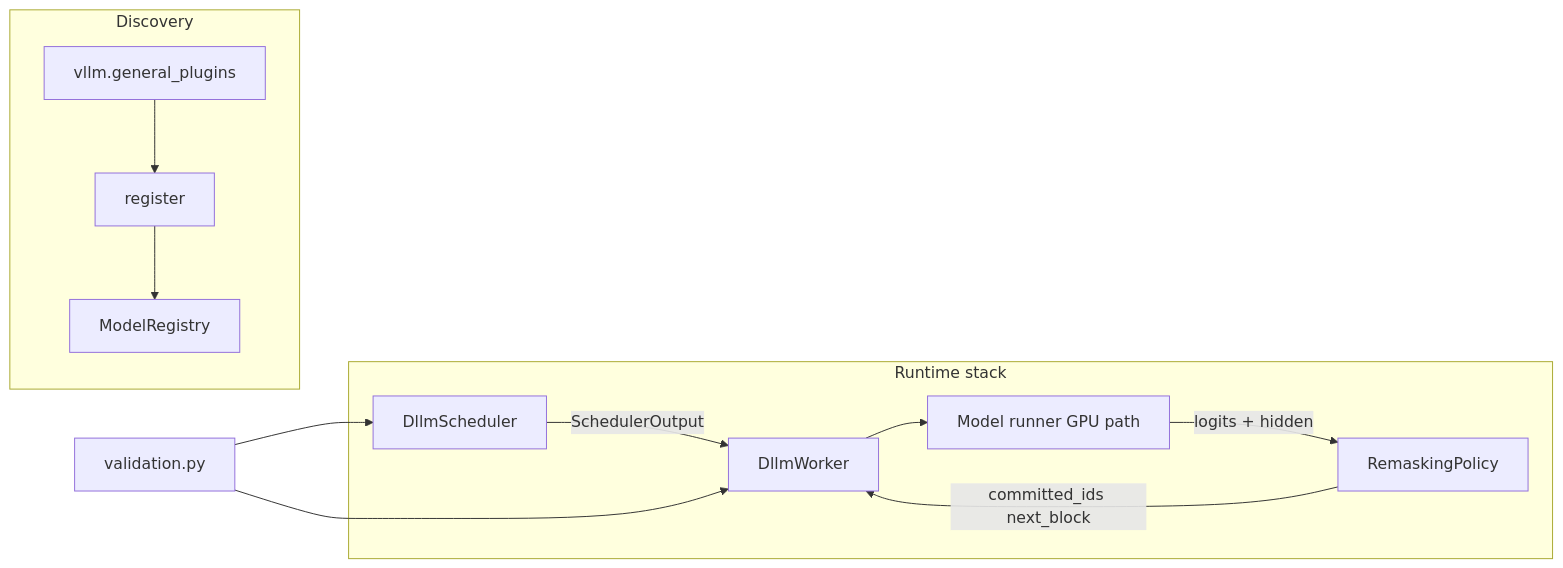
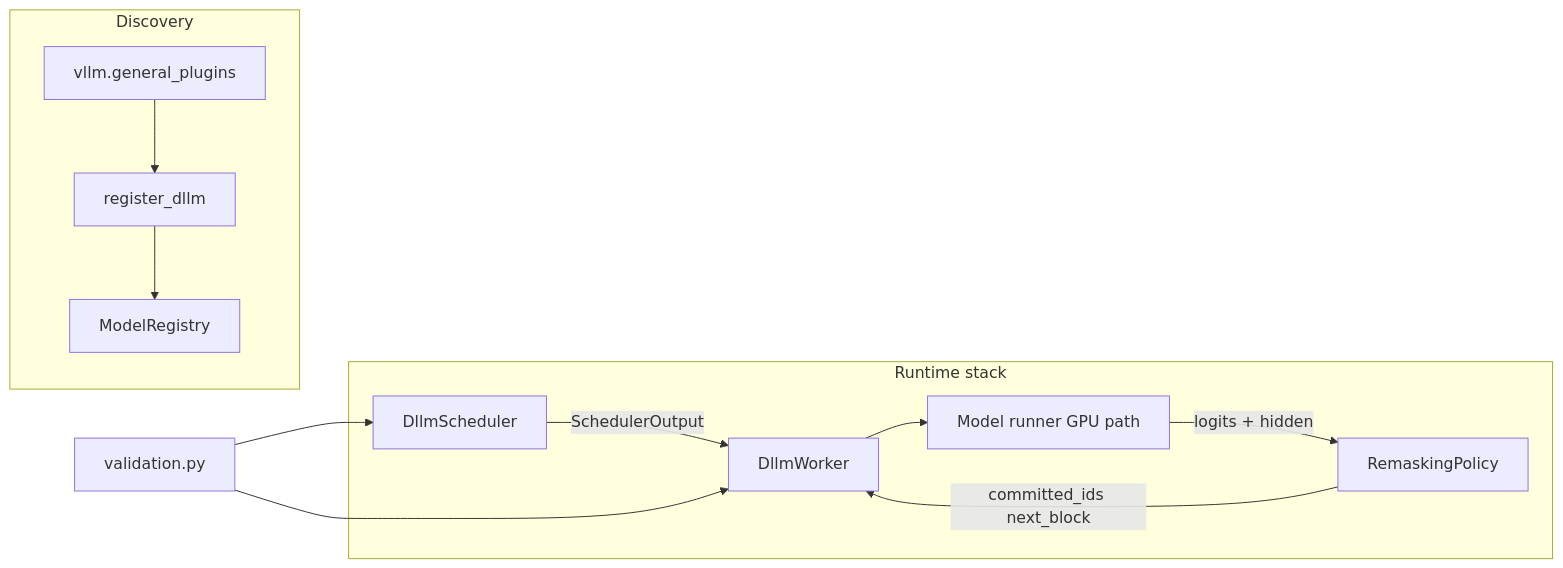
One commit to vllm-project/dllm-plugin changed the second of 4 diagrams in docs/DESIGN_MVP.md. Above: the diagram before and after it, drawn with Mermaid. The commit also changed other lines of this file and 11 other files, not shown here.

First line of the commit message:
chore: maintainer review — AI policy, setuptools-scm, register_dllm, hygiene

````diff
--- a/docs/DESIGN_MVP.md
+++ b/docs/DESIGN_MVP.md
@@ -88,20 +88,20 @@
 ```mermaid
 flowchart LR
   subgraph registration [Discovery]
     EP[vllm.general_plugins]
     MR[ModelRegistry]
-    EP --> RegFn[register]
+    EP --> RegFn[register_dllm]
     RegFn --> MR
   end
   subgraph runtime [Runtime stack]
     DllmSched[DllmScheduler]
     DllmWork[DllmWorker]
     Runner[Model runner GPU path]
     DllmSched -->|"SchedulerOutput"| DllmWork
     DllmWork --> Runner
     Runner -->|"logits + hidden"| Remask[RemaskingPolicy]
     Remask -->|"committed_ids next_block"| DllmWork
   end
   Val[validation.py] --> DllmWork
   Val --> DllmSched
 ```
````
